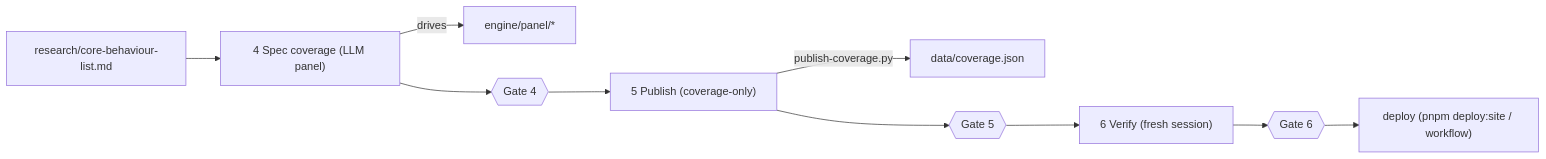
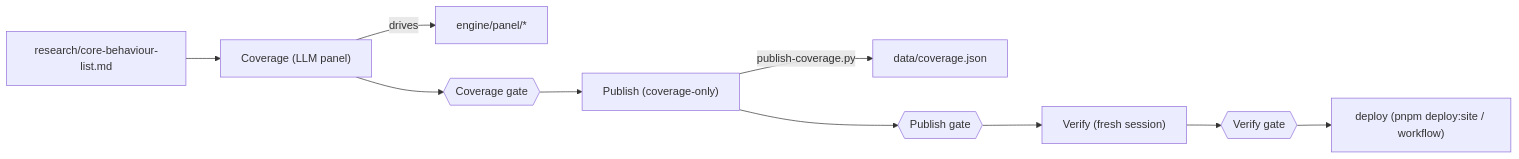
Before and after one commit to AndresCotton/ai-character-index: the diagram in .claude/skills/OVERVIEW.md, drawn with Mermaid. The commit also changed other lines of this file and 36 other files, not shown here.

````diff
--- a/.claude/skills/OVERVIEW.md
+++ b/.claude/skills/OVERVIEW.md
@@ -28,8 +28,8 @@
 ```mermaid
 graph LR
-  core["research/core-behaviour-list.md"] --> s4["4 Spec coverage (LLM panel)"]
+  core["research/core-behaviour-list.md"] --> s4["Coverage (LLM panel)"]
   s4 -->|drives| panel["engine/panel/*"]
-  s4 --> g4{{Gate 4}} --> s5["5 Publish (coverage-only)"]
+  s4 --> g4{{Coverage gate}} --> s5["Publish (coverage-only)"]
   s5 -->|publish-coverage.py| data["data/coverage.json"]
-  s5 --> g5{{Gate 5}} --> s6["6 Verify (fresh session)"] --> g6{{Gate 6}} --> deploy["deploy (pnpm deploy:site / workflow)"]
+  s5 --> g5{{Publish gate}} --> s6["Verify (fresh session)"] --> g6{{Verify gate}} --> deploy["deploy (pnpm deploy:site / workflow)"]
 ```
````
